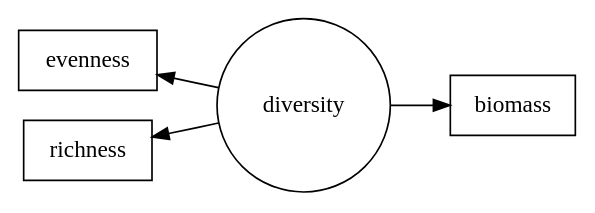
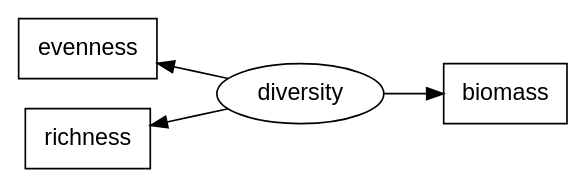
Before and after one commit to pennekampster/Swiss_SEM: the second of 6 diagrams in 5_Slides/Intro_to_SEM_part2.qmd, drawn with Graphviz. The commit also changed other lines of this file and 1 other file, not shown here.

````diff
--- a/5_Slides/Intro_to_SEM_part2.qmd
+++ b/5_Slides/Intro_to_SEM_part2.qmd
@@ -97,26 +97,26 @@
 ```{dot}
 //| fig-width: 6
 
 digraph  {
 
-    graph [rankdir = LR, fontname = Helvetica]
+  graph [rankdir = LR]
    
-   node [shape=box]
+   node [shape=box, fontname = Helvetica]
    X1 [label="evenness"];
    X2 [label="richness"];
    Z [label="biomass"];
 
    
-   node [shape=circle]
+   node [shape=oval]
     Y [label="diversity"]
     
     Y -> X1;
     Y -> X2;
     Y -> Z;
     Z;
     
   {rank = max; Z}
   {rank = min; X1}
   {rank = same; X1;X2}
 }
 ```
````
